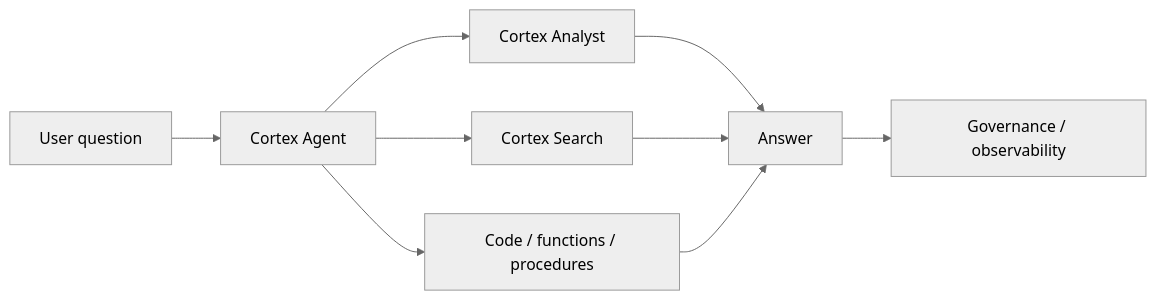
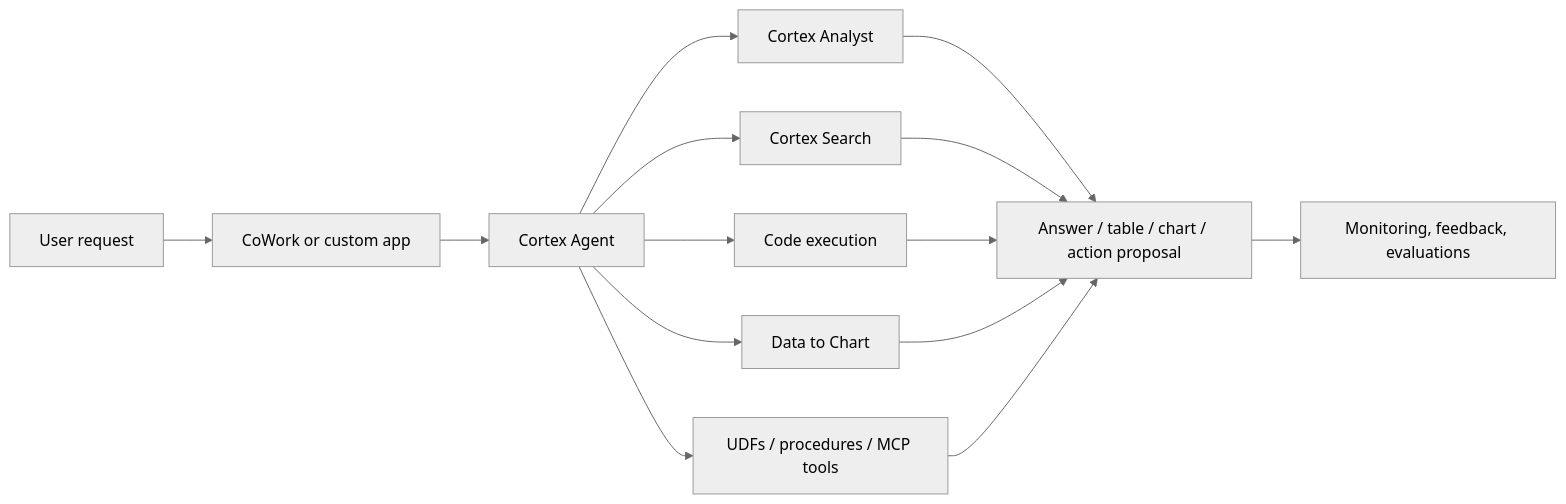
The diagram in 01 Snowflake/05 Advanced Analytics and AI/38 Cortex Agents and CoWork.md (shonningsoy/Upskill), drawn with Mermaid (neutral theme) before and after one commit. The commit also changed other lines of this file, not shown here.

Commit message:
Expand Cortex Agents and CoWork note

````diff
--- a/01 Snowflake/05 Advanced Analytics and AI/38 Cortex Agents and CoWork.md
+++ b/01 Snowflake/05 Advanced Analytics and AI/38 Cortex Agents and CoWork.md
@@ -59,11 +68,16 @@
 ```mermaid
 flowchart LR
-    USER[User question] --> AGENT[Cortex Agent]
+    USER[User request] --> SURFACE[CoWork or custom app]
+    SURFACE --> AGENT[Cortex Agent]
     AGENT --> ANALYST[Cortex Analyst]
     AGENT --> SEARCH[Cortex Search]
-    AGENT --> CODE[Code / functions / procedures]
-    ANALYST --> RESP[Answer]
-    SEARCH --> RESP
-    CODE --> RESP
-    RESP --> REVIEW[Governance / observability]
+    AGENT --> CODE[Code execution]
+    AGENT --> CHART[Data to Chart]
+    AGENT --> CUSTOM[UDFs / procedures / MCP tools]
+    ANALYST --> RESPONSE[Answer / table / chart / action proposal]
+    SEARCH --> RESPONSE
+    CODE --> RESPONSE
+    CHART --> RESPONSE
+    CUSTOM --> RESPONSE
+    RESPONSE --> OBS[Monitoring, feedback, evaluations]
 ```
````
